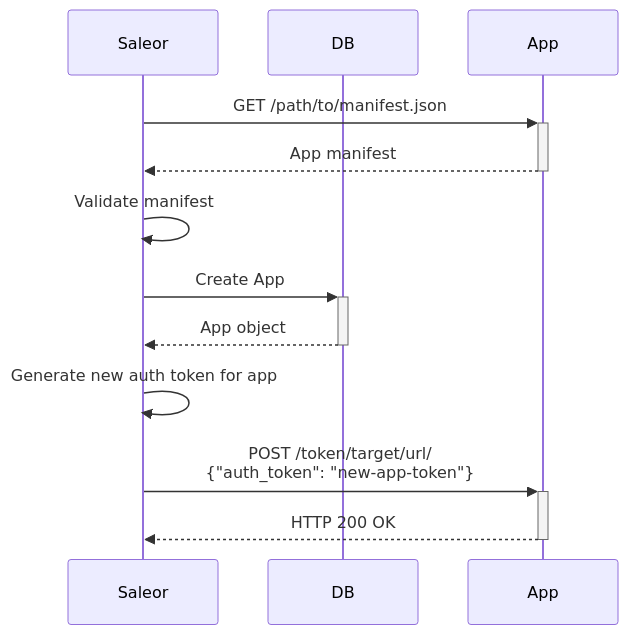
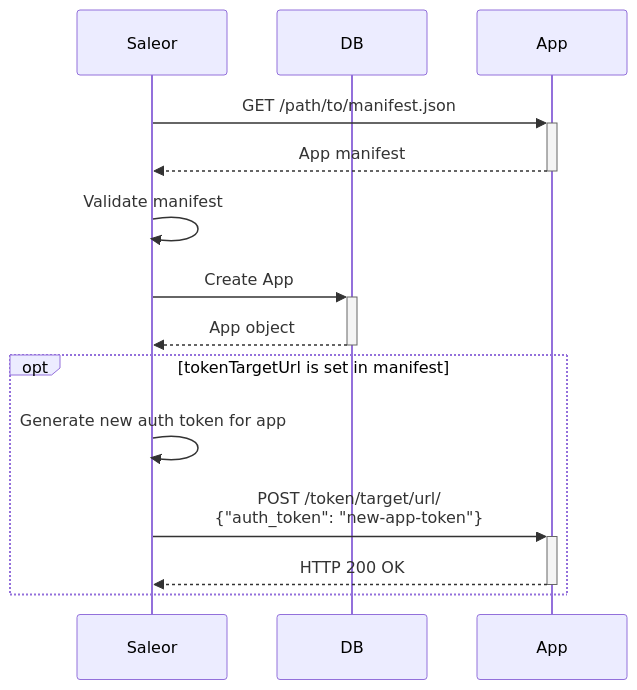
Before and after one commit to saleor/saleor-docs: the third of 3 diagrams in docs/developer/extending/apps/installing-apps.mdx, drawn with Mermaid. The commit also changed other lines of this file and 5 other files, not shown here.

Commit message:
Make tokenTargetUrl optional in manifest (#1747)

````diff
--- a/docs/developer/extending/apps/installing-apps.mdx
+++ b/docs/developer/extending/apps/installing-apps.mdx
@@ -154,14 +154,16 @@
 ```mermaid
 sequenceDiagram
   participant Saleor
   participant DB
   participant App
   Saleor ->>+ App: GET /path/to/manifest.json
   App -->>- Saleor: App manifest
   Saleor ->> Saleor: Validate manifest
   Saleor ->>+ DB: Create App
   DB -->>- Saleor: App object
-  Saleor ->> Saleor: Generate new auth token for app
-  Saleor ->>+ App: POST /token/target/url/<br>{"auth_token": "new-app-token"}
-  App -->>- Saleor: HTTP 200 OK
+  opt tokenTargetUrl is set in manifest
+    Saleor ->> Saleor: Generate new auth token for app
+    Saleor ->>+ App: POST /token/target/url/<br>{"auth_token": "new-app-token"}
+    App -->>- Saleor: HTTP 200 OK
+  end
 ```
````
